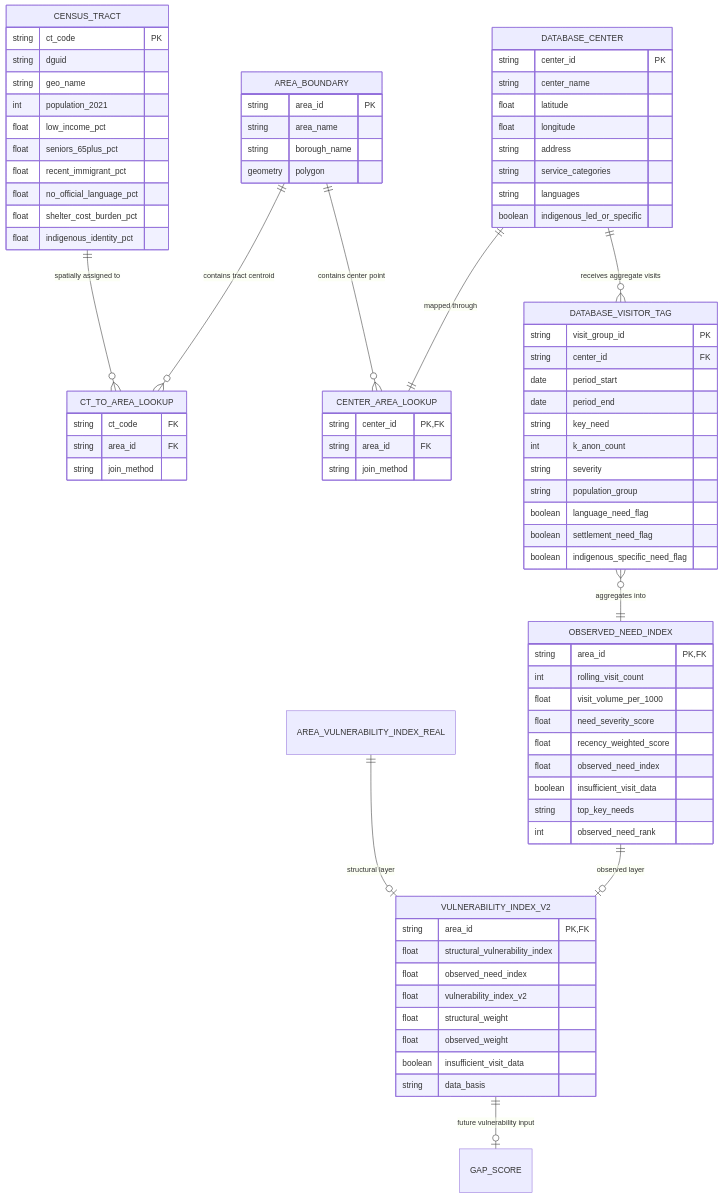
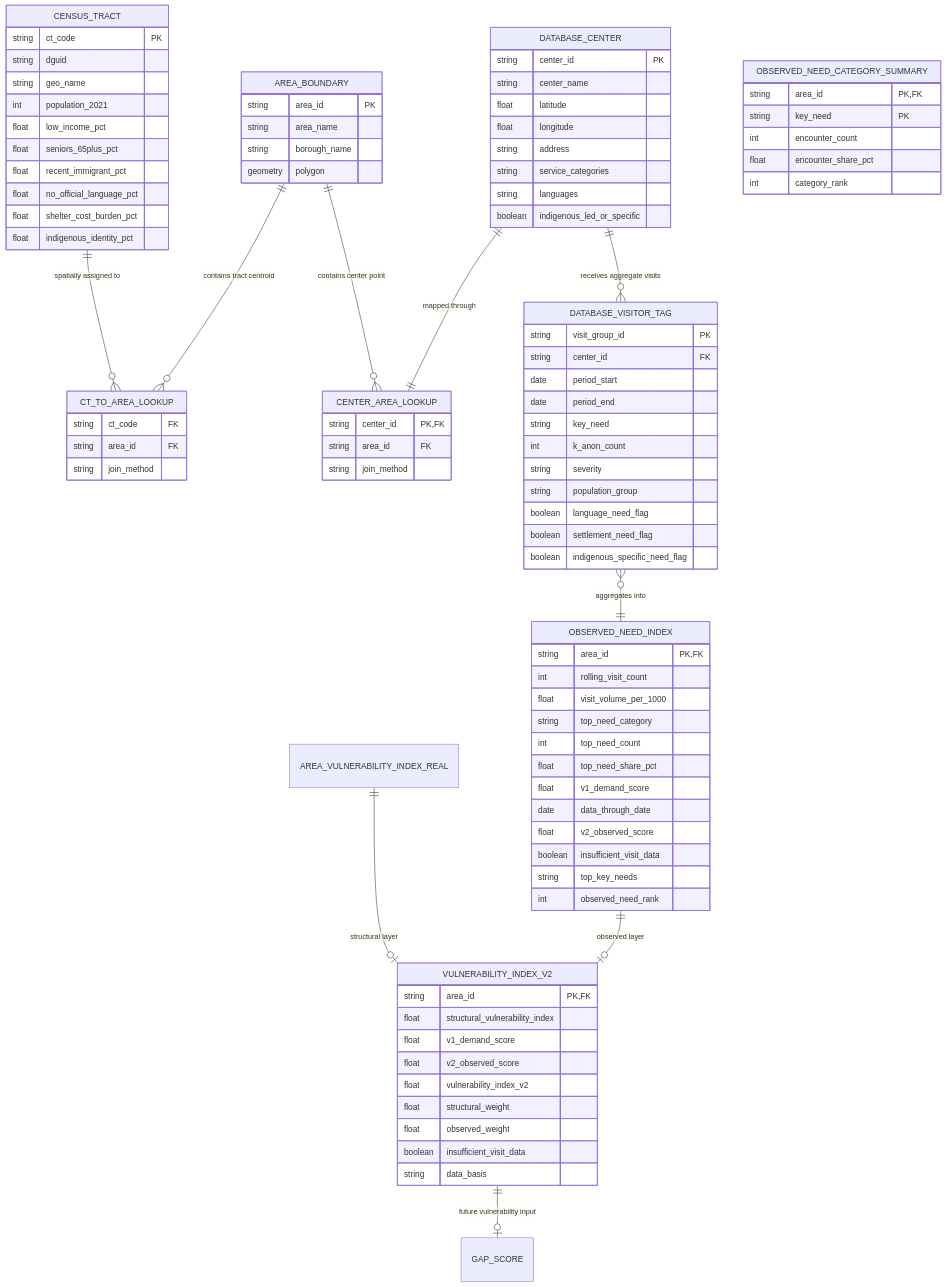
One commit to frondyff/comm_need_radar changed the second of 2 diagrams in docs/mvp-system-erd.md. Above: the diagram before and after it, drawn with Mermaid. The commit also changed 13 other files, not shown here.

```diff
--- a/docs/mvp-system-erd.md
+++ b/docs/mvp-system-erd.md
@@ -201,18 +201,30 @@
         string area_id PK, FK
         int rolling_visit_count
         float visit_volume_per_1000
-        float need_severity_score
-        float recency_weighted_score
-        float observed_need_index
+        string top_need_category
+        int top_need_count
+        float top_need_share_pct
+        float v1_demand_score
+        date data_through_date
+        float v2_observed_score
         boolean insufficient_visit_data
         string top_key_needs
         int observed_need_rank
     }
 
+    OBSERVED_NEED_CATEGORY_SUMMARY {
+        string area_id PK, FK
+        string key_need PK
+        int encounter_count
+        float encounter_share_pct
+        int category_rank
+    }
+
     VULNERABILITY_INDEX_V2 {
         string area_id PK, FK
         float structural_vulnerability_index
-        float observed_need_index
+        float v1_demand_score
+        float v2_observed_score
         float vulnerability_index_v2
         float structural_weight
         float observed_weight
```
